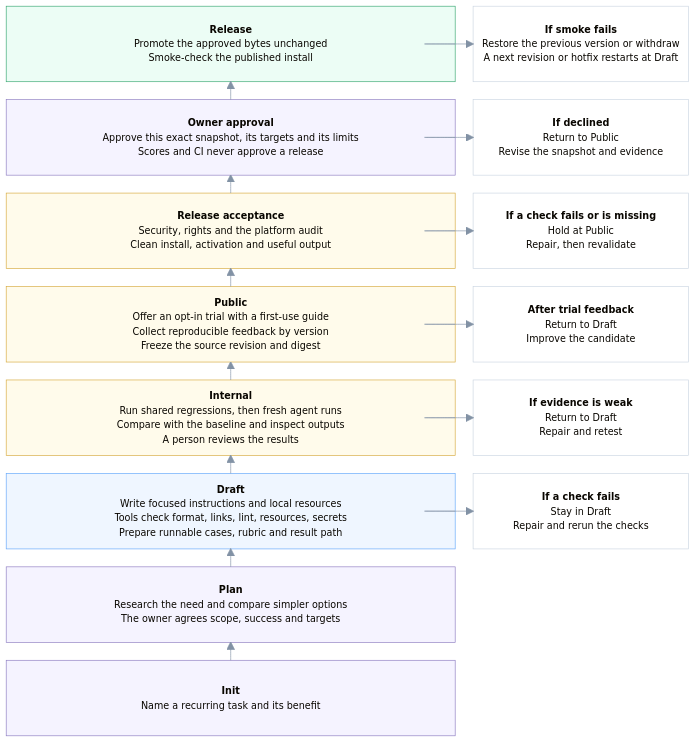
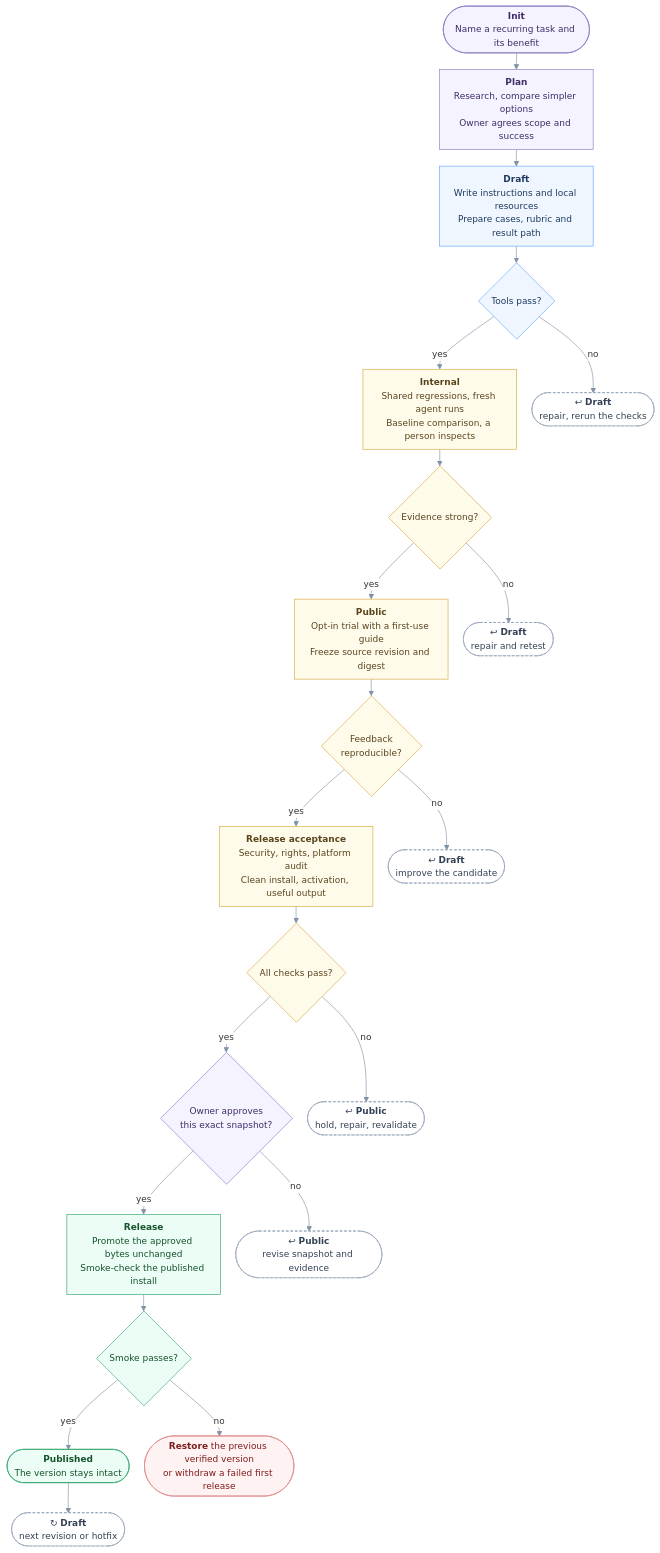
One commit to ClydeShen/skills changed the diagram in knowledge/skill-lifecycle/README.md. Above: the diagram before and after it, drawn with Mermaid. The commit also changed other lines of this file, not shown here.

Commit message:
docs(lifecycle): draw the lifecycle as a decision tree with return branches
Claude-Session: https://claude.ai/code/session_01SA5kRZNw6HYr8hEBAyUCQE

````diff
--- a/knowledge/skill-lifecycle/README.md
+++ b/knowledge/skill-lifecycle/README.md
@@ -19,85 +19,58 @@
 ```mermaid
-%%{init: {"theme": "base", "block": {"padding": 28}, "fontFamily": "Arial, sans-serif", "themeVariables": {"fontSize": "15px", "lineColor": "#8292A5", "edgeLabelBackground": "#FFFFFF"}}}%%
-block-beta
-    columns 3
+%%{init: {"theme": "base", "fontFamily": "Arial, sans-serif", "flowchart": {"curve": "basis", "nodeSpacing": 24, "rankSpacing": 26, "htmlLabels": true, "padding": 10}, "themeVariables": {"fontSize": "14px", "lineColor": "#8292A5", "edgeLabelBackground": "#FFFFFF"}}}%%
+flowchart TB
+    init(["<b>Init</b><br/>Name a recurring task and its benefit"])
+    plan["<b>Plan</b><br/>Research, compare simpler options<br/>Owner agrees scope and success"]
+    draft["<b>Draft</b><br/>Write instructions and local resources<br/>Prepare cases, rubric and result path"]
+    d1{"Tools pass?"}
+    internal["<b>Internal</b><br/>Shared regressions, fresh agent runs<br/>Baseline comparison, a person inspects"]
+    d2{"Evidence strong?"}
+    public["<b>Public</b><br/>Opt-in trial with a first-use guide<br/>Freeze source revision and digest"]
+    d3{"Feedback<br/>reproducible?"}
+    accept["<b>Release acceptance</b><br/>Security, rights, platform audit<br/>Clean install, activation, useful output"]
+    d4{"All checks pass?"}
+    d5{"Owner approves<br/>this exact snapshot?"}
+    release["<b>Release</b><br/>Promote the approved bytes unchanged<br/>Smoke-check the published install"]
+    d6{"Smoke passes?"}
+    live(["<b>Published</b><br/>The version stays intact"])
 
-    release["<b>Release</b>
-    Promote the approved bytes unchanged
-    Smoke-check the published install"]:2
-    recover["<b>If smoke fails</b>
-    Restore the previous version or withdraw
-    A next revision or hotfix restarts at Draft"]
+    a1(["↩ <b>Draft</b><br/>repair, rerun the checks"])
+    a2(["↩ <b>Draft</b><br/>repair and retest"])
+    a3(["↩ <b>Draft</b><br/>improve the candidate"])
+    a4(["↩ <b>Public</b><br/>hold, repair, revalidate"])
+    a5(["↩ <b>Public</b><br/>revise snapshot and evidence"])
+    a6(["<b>Restore</b> the previous verified version<br/>or withdraw a failed first release"])
+    a7(["↻ <b>Draft</b><br/>next revision or hotfix"])
 
-    approval["<b>Owner approval</b>
-    Approve this exact snapshot, its targets and its limits
-    Scores and CI never approve a release"]:2
-    declined["<b>If declined</b>
-    Return to Public
-    Revise the snapshot and evidence"]
-
-    acceptance["<b>Release acceptance</b>
-    Security, rights and the platform audit
-    Clean install, activation and useful output"]:2
-    hold["<b>If a check fails or is missing</b>
-    Hold at Public
-    Repair, then revalidate"]
-
-    publicTrial["<b>Public</b>
-    Offer an opt-in trial with a first-use guide
-    Collect reproducible feedback by version
-    Freeze the source revision and digest"]:2
-    feedback["<b>After trial feedback</b>
-    Return to Draft
-    Improve the candidate"]
-
-    internal["<b>Internal</b>
-    Run shared regressions, then fresh agent runs
-    Compare with the baseline and inspect outputs
-    A person reviews the results"]:2
-    retest["<b>If evidence is weak</b>
-    Return to Draft
-    Repair and retest"]
-
-    draft["<b>Draft</b>
-    Write focused instructions and local resources
-    Tools check format, links, lint, resources, secrets
-    Prepare runnable cases, rubric and result path"]:2
-    repair["<b>If a check fails</b>
-    Stay in Draft
-    Repair and rerun the checks"]
-
-    plan["<b>Plan</b>
-    Research the need and compare simpler options
-    The owner agrees scope, success and targets"]:2
-    space
-
-    idea["<b>Init</b>
-    Name a recurring task and its benefit"]:2
-    space
-
-    idea --> plan
-    plan --> draft
-    draft --> internal
-    internal --> publicTrial
-    publicTrial --> acceptance
-    acceptance --> approval
-    approval --> release
-
-    release --> recover
-    approval --> declined
-    acceptance --> hold
-    publicTrial --> feedback
-    internal --> retest
-    draft --> repair
+    init --> plan --> draft --> d1
+    d1 -- yes --> internal
+    d1 -- no --> a1
+    internal --> d2
+    d2 -- yes --> public
+    d2 -- no --> a2
+    public --> d3
+    d3 -- yes --> accept
+    d3 -- no --> a3
+    accept --> d4
+    d4 -- yes --> d5
+    d4 -- no --> a4
+    d5 -- yes --> release
+    d5 -- no --> a5
+    release --> d6
+    d6 -- yes --> live
+    d6 -- no --> a6
+    live --> a7
 
     classDef person fill:#F5F3FF,stroke:#8B7BC0,color:#3F2D66
     classDef tool fill:#EFF6FF,stroke:#60A5FA,color:#1E3A5F
     classDef evidence fill:#FFFBEB,stroke:#D6A93C,color:#59451D
     classDef stable fill:#ECFDF5,stroke:#34A56F,color:#14532D
-    classDef back fill:#FFFFFF,stroke:#CBD5E1,color:#475569
-    class idea,plan,approval person
-    class draft tool
-    class internal,publicTrial,acceptance evidence
-    class release stable
-    class recover,declined,hold,feedback,retest,repair back
+    classDef back fill:#FFFFFF,stroke:#94A3B8,color:#334155,stroke-dasharray:4 3
+    classDef fail fill:#FEF2F2,stroke:#E08A8A,color:#7F1D1D
+    class init,plan,d5 person
+    class draft,d1 tool
+    class internal,public,accept,d2,d3,d4 evidence
+    class release,d6,live stable
+    class a1,a2,a3,a4,a5,a7 back
+    class a6 fail
 ```
````
